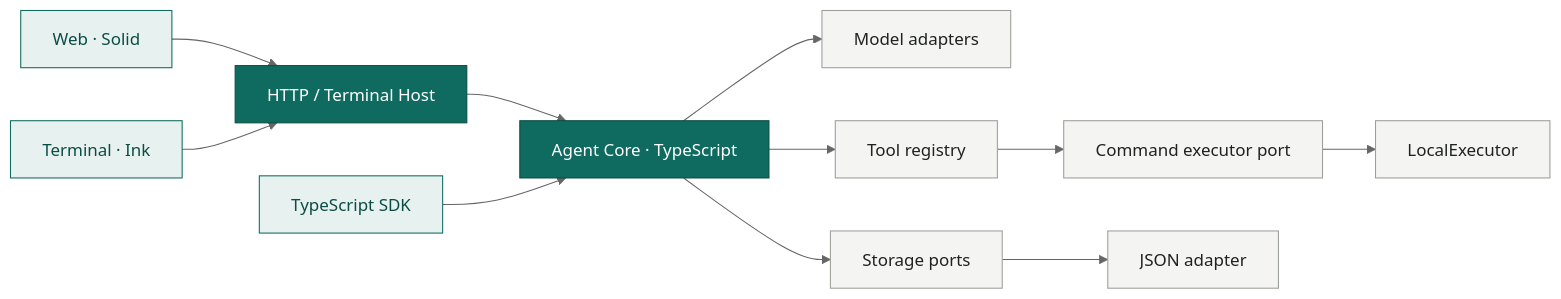
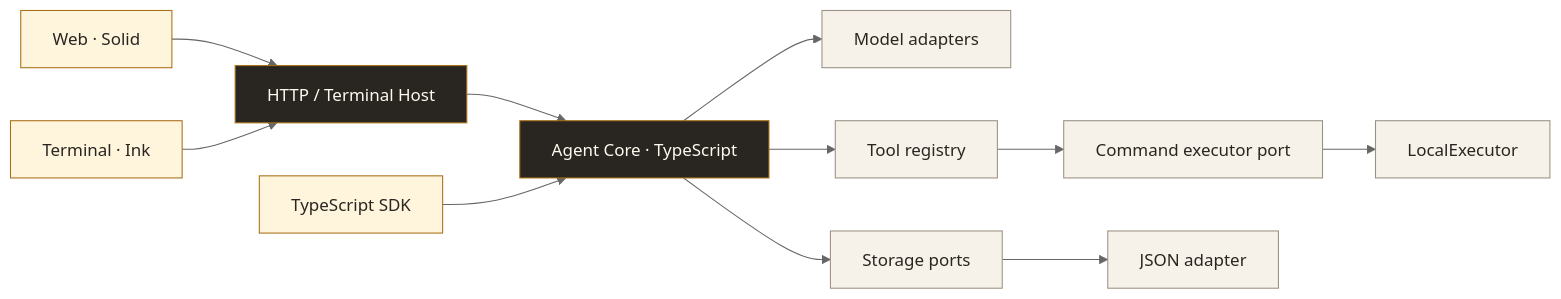
One commit to Pixeldooooog/Agents changed the diagram in README.md. Above: the diagram before and after it, drawn with Mermaid (neutral theme). The commit also changed other lines of this file and 1 other file, not shown here.

````diff
--- a/README.md
+++ b/README.md
@@ -160,20 +172,20 @@
 ```mermaid
 flowchart LR
     Web[Web · Solid] --> Host[HTTP / Terminal Host]
     Terminal[Terminal · Ink] --> Host
     Host --> Core[Agent Core · TypeScript]
     SDK[TypeScript SDK] --> Core
     Core --> Models[Model adapters]
     Core --> Tools[Tool registry]
     Core --> Store[Storage ports]
     Tools --> Executor[Command executor port]
     Executor --> Local[LocalExecutor]
     Store --> JSON[JSON adapter]
 
-    classDef client fill:#e7f1ef,stroke:#0f6b5f,color:#0b4d44
-    classDef core fill:#0f6b5f,stroke:#0b4d44,color:#ffffff
-    classDef port fill:#f4f5f2,stroke:#9b9f98,color:#20221f
+    classDef client fill:#fff4dc,stroke:#a96f16,color:#292621
+    classDef core fill:#292621,stroke:#a96f16,color:#fffaf0
+    classDef port fill:#f6f2e9,stroke:#9b9182,color:#292621
     class Web,Terminal,SDK client
     class Host,Core core
     class Models,Tools,Store,Executor,Local,JSON port
 ```
````
